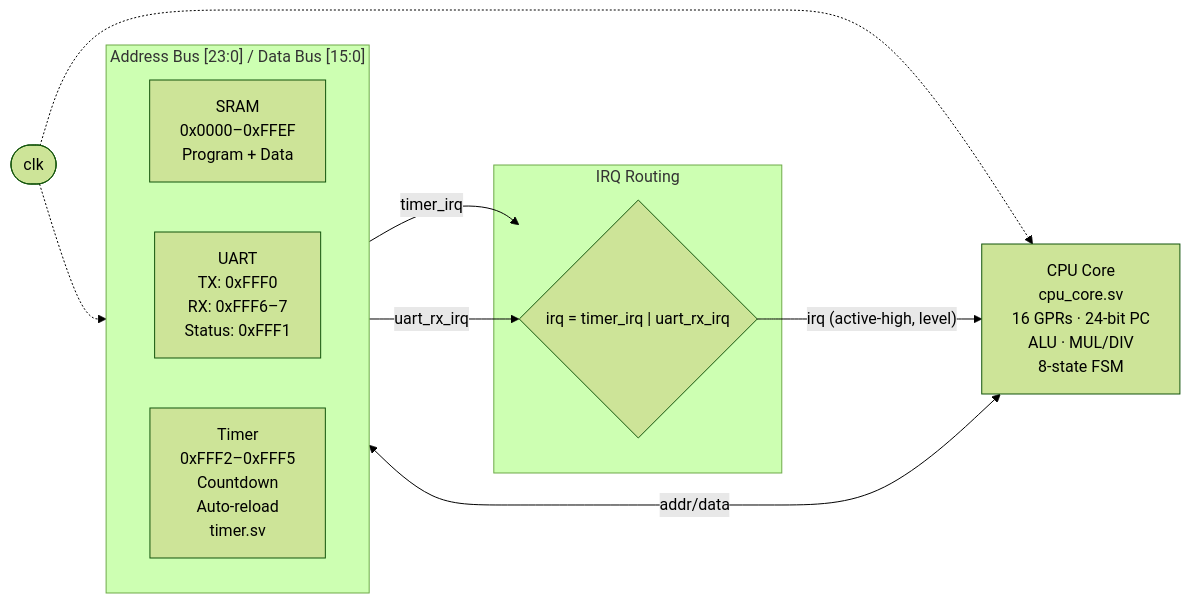
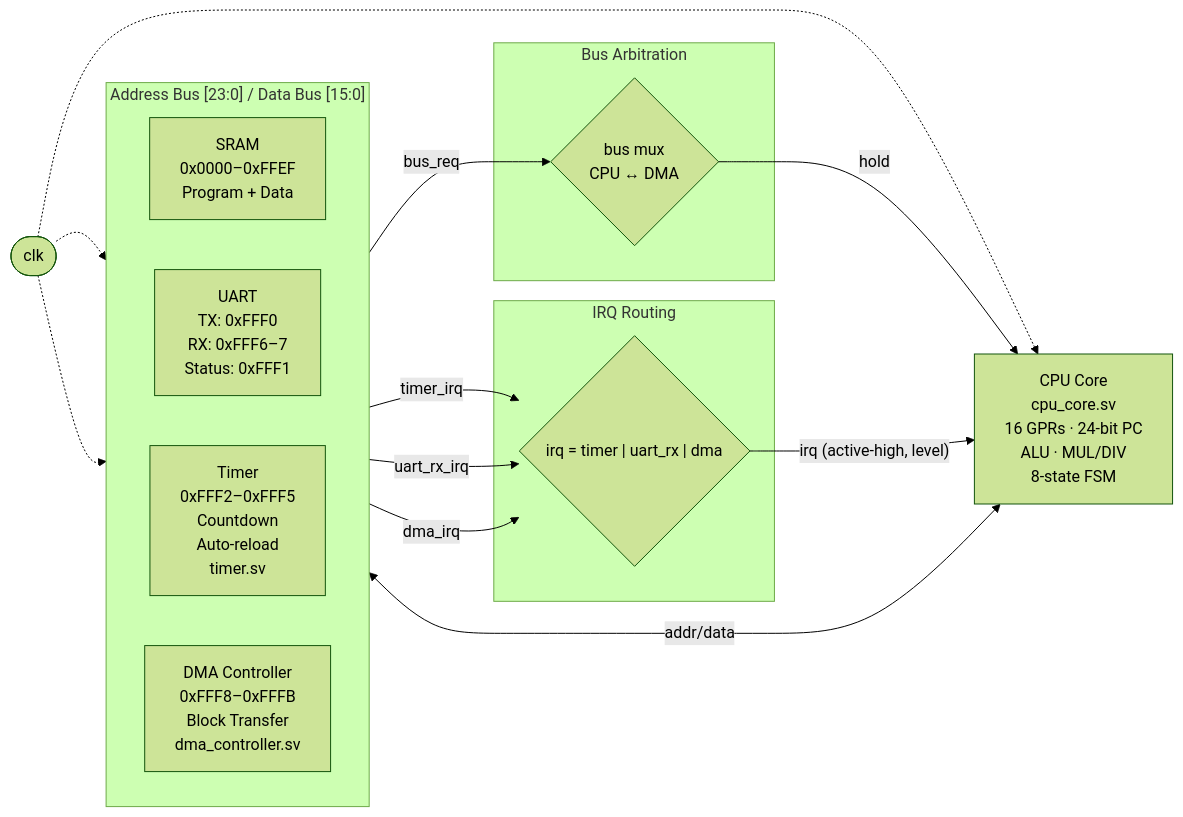
One commit to ellisgl/U1624 changed the third of 3 diagrams in README.md. Above: the diagram before and after it, drawn with Mermaid (forest theme). The commit also changed other lines of this file and 5 other files, not shown here.

First line of the commit message:
Add DMA controller for memory-to-memory block transfers

````diff
--- a/README.md
+++ b/README.md
@@ -341,22 +371,32 @@
 ```mermaid
 graph LR
     subgraph bus["Address Bus [23:0] / Data Bus [15:0]"]
         direction LR
         SRAM["SRAM\n0x0000–0xFFEF\nProgram + Data"]
         UART["UART\nTX: 0xFFF0\nRX: 0xFFF6–7\nStatus: 0xFFF1"]
         TIMER["Timer\n0xFFF2–0xFFF5\nCountdown\nAuto-reload\ntimer.sv"]
+        DMA["DMA Controller\n0xFFF8–0xFFFB\nBlock Transfer\ndma_controller.sv"]
     end
 
     CPU["CPU Core\ncpu_core.sv\n16 GPRs · 24-bit PC\nALU · MUL/DIV\n8-state FSM"] <-->|"addr/data"| bus
 
+    subgraph arb["Bus Arbitration"]
+        MUX{"bus mux\nCPU ↔ DMA"}
+    end
+
+    DMA -->|"bus_req"| MUX
+    MUX -->|"hold"| CPU
+
     subgraph irq_block["IRQ Routing"]
-        IRQ_OR{"irq = timer_irq | uart_rx_irq"}
+        IRQ_OR{"irq = timer | uart_rx | dma"}
     end
 
     TIMER -->|"timer_irq"| IRQ_OR
     UART -->|"uart_rx_irq"| IRQ_OR
+    DMA -->|"dma_irq"| IRQ_OR
     IRQ_OR -->|"irq (active-high, level)"| CPU
 
     CLK(["clk"]) -.-> CPU
     CLK -.-> TIMER
+    CLK -.-> DMA
 ```
````
